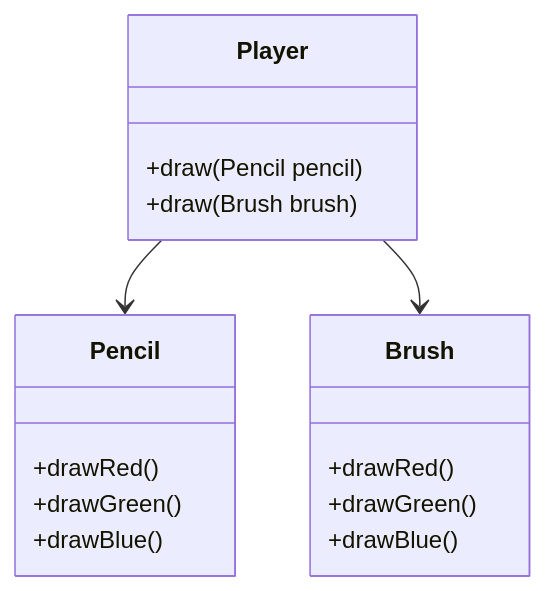
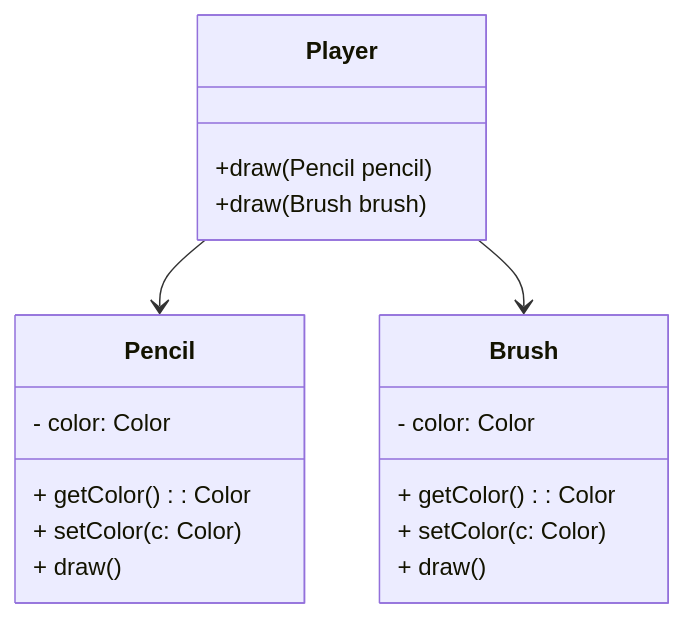
The second of 10 diagrams in slides/E3.3 - Java Classes (Interfaces, abstract classes).md (nbicocchi/learn-java-core), drawn with Mermaid before and after one commit. The commit also changed other lines of this file, not shown here.

````diff
--- a/slides/E3.3 - Java Classes (Interfaces, abstract classes).md
+++ b/slides/E3.3 - Java Classes (Interfaces, abstract classes).md
@@ -34,23 +33,25 @@
 ```mermaid
 classDiagram
-    class Pencil {
-        +drawRed()
-        +drawGreen()
-        +drawBlue()
-    }
+   class Pencil {
+      - color: Color
+      + getColor(): Color
+      + setColor(c: Color)
+      + draw()
+   }
 
-    class Brush {
-        +drawRed()
-        +drawGreen()
-        +drawBlue()
-    }
+   class Brush {
+      - color: Color
+      + getColor(): Color
+      + setColor(c: Color)
+      + draw()
+   }
 
     class Player {
         +draw(Pencil pencil)
         +draw(Brush brush)
     }
 
     Player --> Pencil
     Player --> Brush
 
 ```
````
